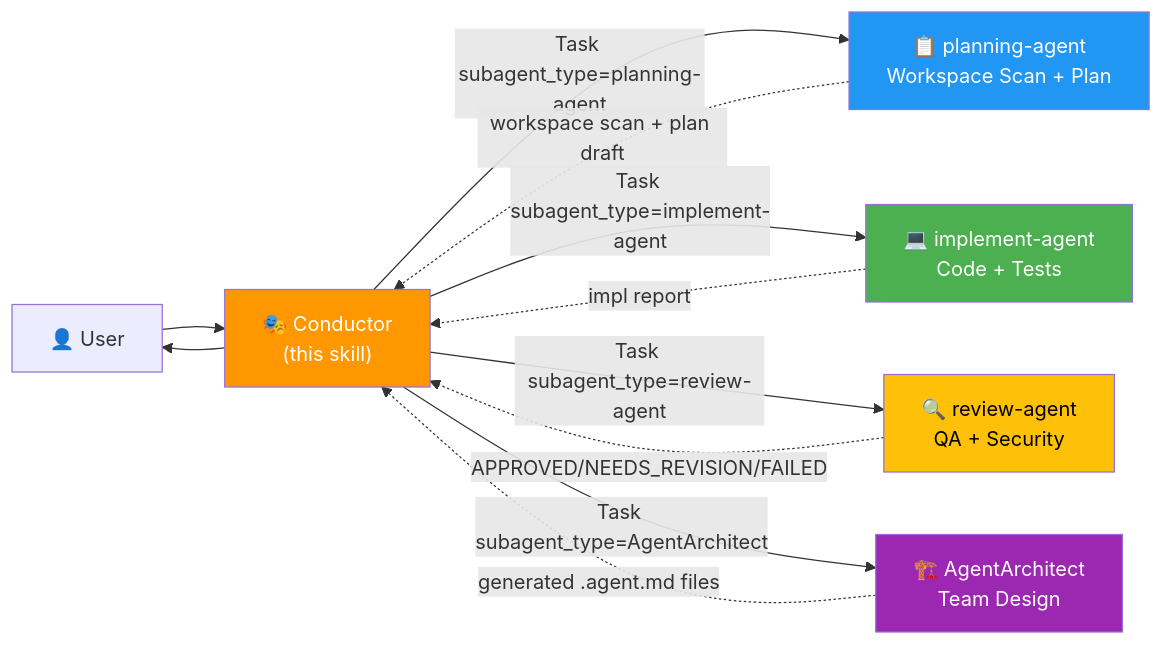
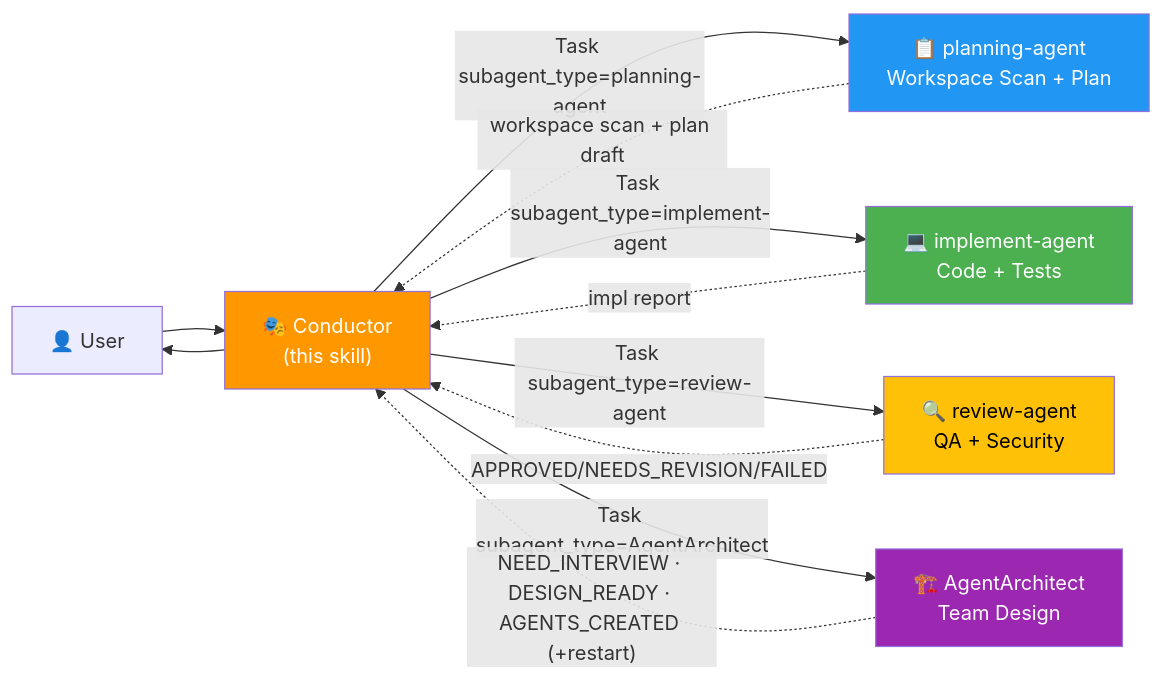
One commit to elisaul77/Orquestacion_Agentes_claude changed the diagram in skills/subagent-pool/assets/agent-definitions.md. Above: the diagram before and after it, drawn with Mermaid. The commit also changed other lines of this file and 8 other files, not shown here.

Commit message:
feat(subagent-pool): AgentArchitect v2 (NEED_INTERVIEW, design/generate, restart), stronger script tests

````diff
--- a/skills/subagent-pool/assets/agent-definitions.md
+++ b/skills/subagent-pool/assets/agent-definitions.md
@@ -10,19 +10,19 @@
 ```mermaid
 flowchart LR
     USER["👤 User"] --> COND["🎭 Conductor<br/>(this skill)"]
     COND -->|"Task subagent_type=planning-agent"| PA["📋 planning-agent<br/>Workspace Scan + Plan"]
     COND -->|"Task subagent_type=implement-agent"| IA["💻 implement-agent<br/>Code + Tests"]
     COND -->|"Task subagent_type=review-agent"| RA["🔍 review-agent<br/>QA + Security"]
     COND -->|"Task subagent_type=AgentArchitect"| AA["🏗️ AgentArchitect<br/>Team Design"]
     PA -.->|"workspace scan + plan draft"| COND
     IA -.->|"impl report"| COND
     RA -.->|"APPROVED/NEEDS_REVISION/FAILED"| COND
-    AA -.->|"generated .agent.md files"| COND
+    AA -.->|"NEED_INTERVIEW · DESIGN_READY · AGENTS_CREATED (+restart)"| COND
     COND --> USER
 
     style COND fill:#ff9800,color:#fff
     style PA fill:#2196f3,color:#fff
     style IA fill:#4caf50,color:#fff
     style RA fill:#ffc107,color:#000
     style AA fill:#9c27b0,color:#fff
 ```
````
